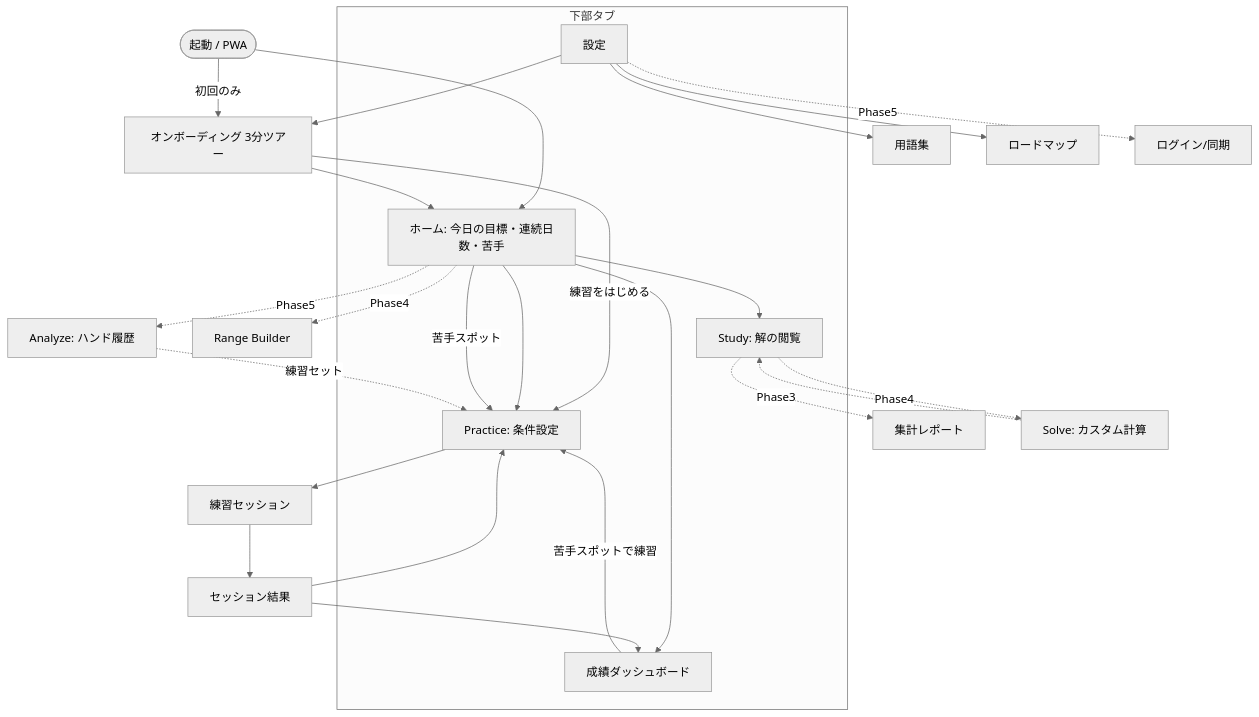
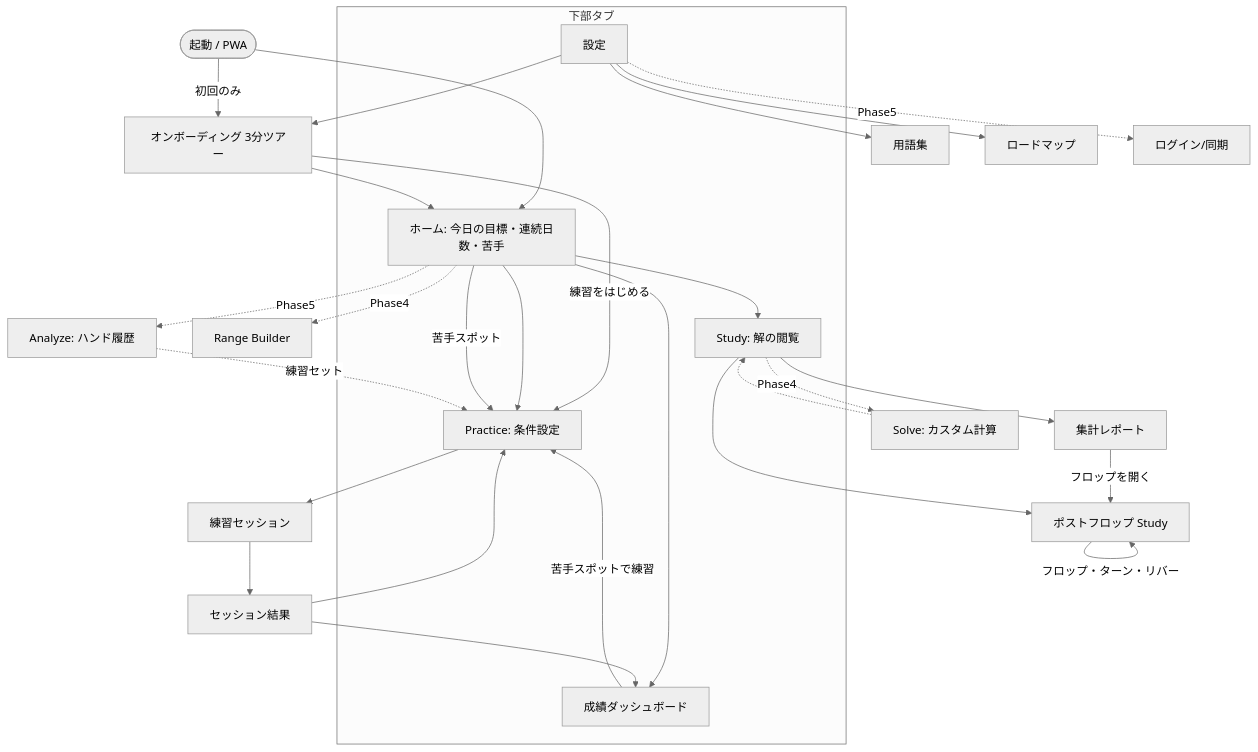
Before and after one commit to dachuanzhilong-bot/desktop-tutorial: the first of 3 diagrams in docs/01-screen-flow.md, drawn with Mermaid (neutral theme). The commit also changed other lines of this file and 84 other files, not shown here.

````diff
--- a/docs/01-screen-flow.md
+++ b/docs/01-screen-flow.md
@@ -5,38 +5,41 @@
 ```mermaid
 flowchart TD
   Splash([起動 / PWA]) -->|初回のみ| Tour[オンボーディング 3分ツアー]
   Splash --> Home
   Tour --> Home
   Tour -->|練習をはじめる| PracticeSetup
 
   Home[ホーム: 今日の目標・連続日数・苦手] --> Study
   Home --> PracticeSetup
   Home --> Stats
   Home -->|苦手スポット| PracticeSetup
 
   subgraph Tabs[下部タブ]
     Home
     Study[Study: 解の閲覧]
     PracticeSetup[Practice: 条件設定]
     Stats[成績ダッシュボード]
     Settings[設定]
   end
 
   PracticeSetup --> Session[練習セッション]
   Session --> Summary[セッション結果]
   Summary --> Stats
   Summary --> PracticeSetup
   Stats -->|苦手スポットで練習| PracticeSetup
   Settings --> Glossary[用語集]
   Settings --> Roadmap[ロードマップ]
   Settings --> Tour
 
   %% Phase 3+
-  Study -.->|Phase3| Report[集計レポート]
+  Study --> Post[ポストフロップ Study]
+  Study --> Report[集計レポート]
+  Report -->|フロップを開く| Post
+  Post -->|フロップ・ターン・リバー| Post
   Study -.->|Phase4| Solve[Solve: カスタム計算]
   Solve -.-> Study
   Home -.->|Phase4| Builder[Range Builder]
   Home -.->|Phase5| Analyze[Analyze: ハンド履歴]
   Analyze -.->|練習セット| PracticeSetup
   Settings -.->|Phase5| Login[ログイン/同期]
 ```
````
